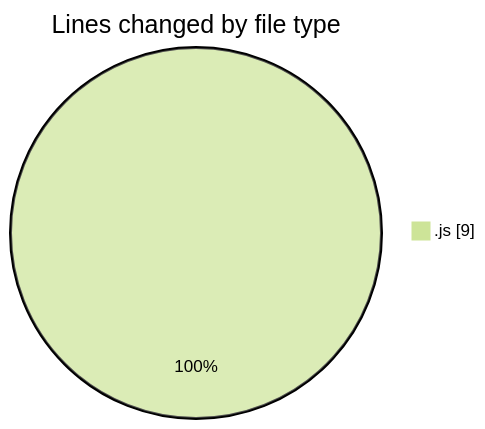
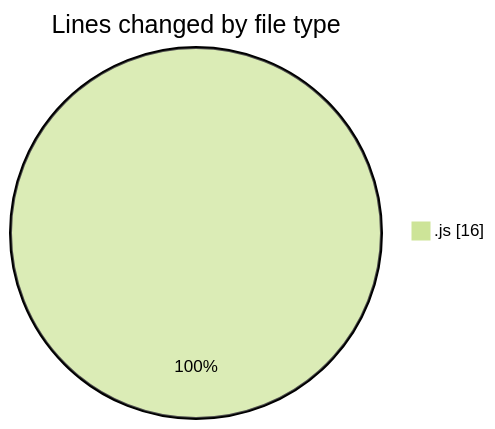
The first of 2 diagrams in 2025-12-10/nxtqube_webapp/README.md (nxtqubesakshisongat/code-tracking), drawn with Mermaid (forest theme) before and after one commit. The commit also changed other lines of this file and 1 other file, not shown here.

````diff
--- a/2025-12-10/nxtqube_webapp/README.md
+++ b/2025-12-10/nxtqube_webapp/README.md
@@ -20,5 +20,5 @@
 ```mermaid
 pie showData
 title Lines changed by file type
-".js" : 9
+".js" : 16
 ```
````
